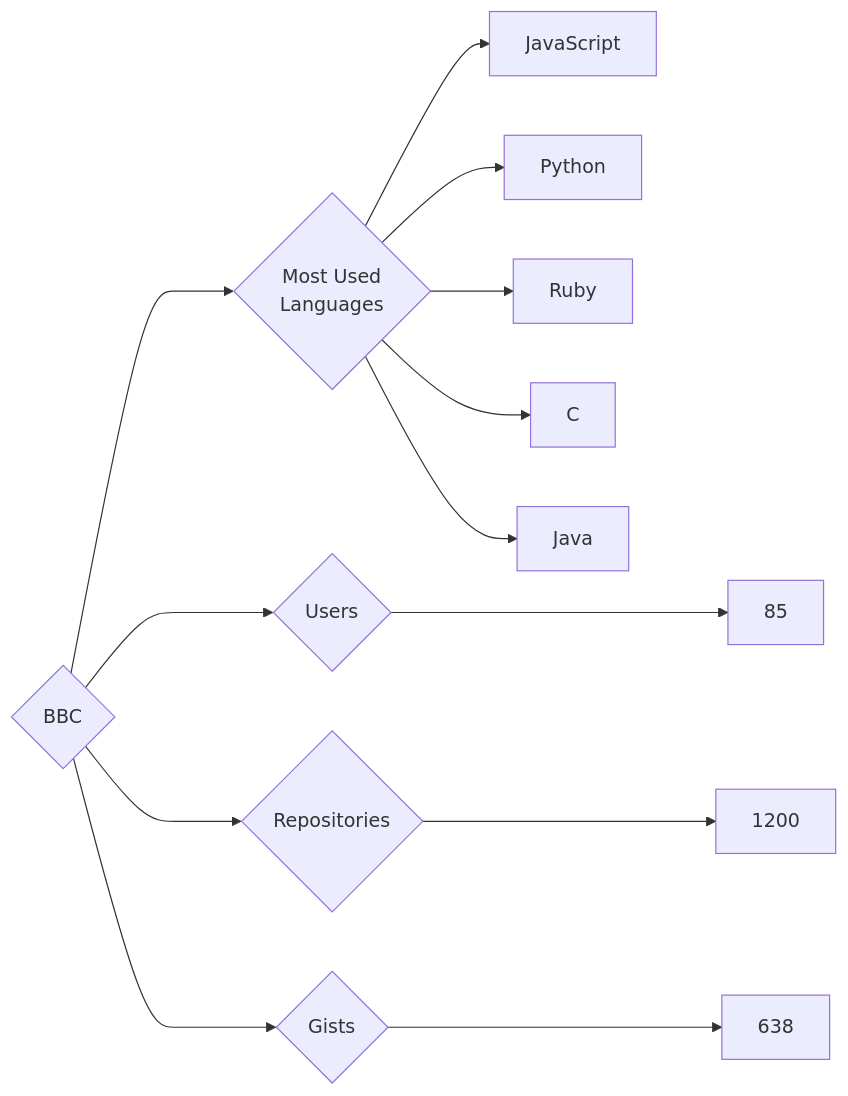
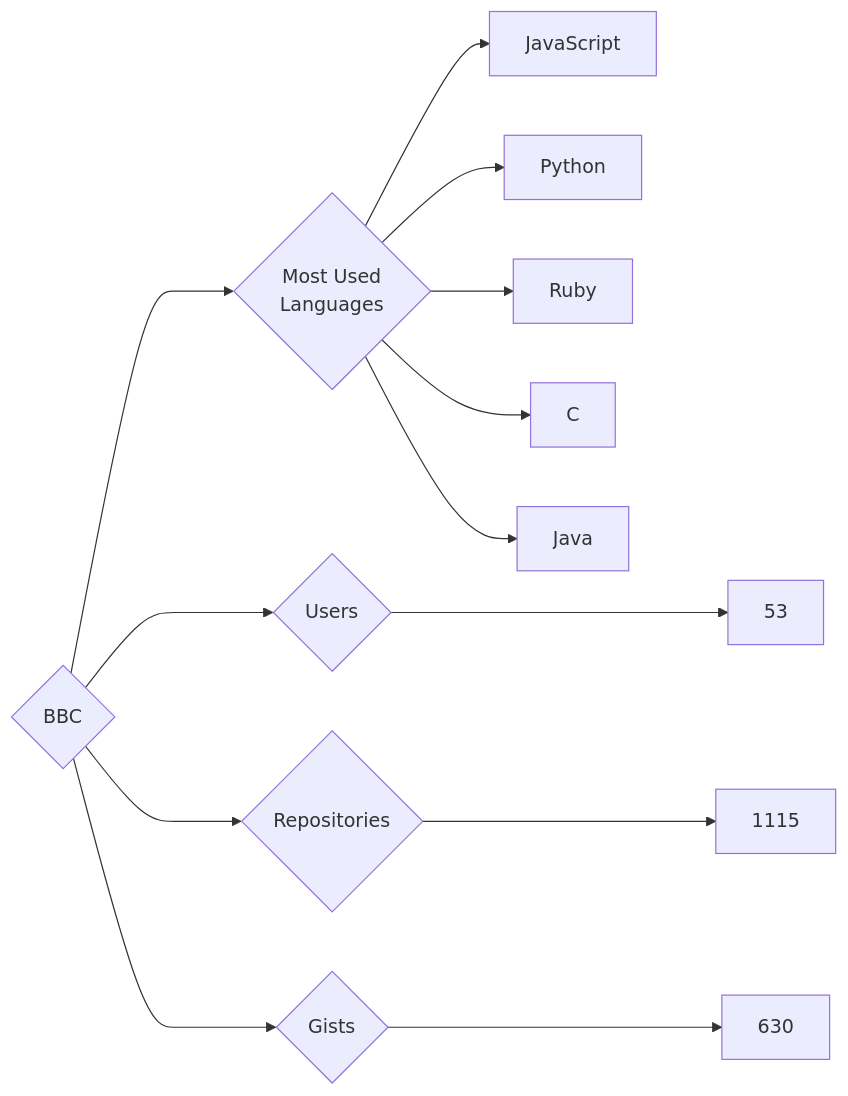
One commit to trickest/insiders changed the diagram in targets/BBC/README.md. Above: the diagram before and after it, drawn with Mermaid. The commit also changed 882 other files, not shown here.

````diff
--- a/targets/BBC/README.md
+++ b/targets/BBC/README.md
@@ -3,13 +3,13 @@
 ```mermaid
 graph LR
 COMPANY_NAME{BBC}
-COMPANY_NAME ---> U{Users} ---> UN[85]
-COMPANY_NAME ---> R{Repositories} ---> RN[1200]
-COMPANY_NAME ---> G{Gists} ---> GN[638]
+COMPANY_NAME ---> U{Users} ---> UN[53]
+COMPANY_NAME ---> R{Repositories} ---> RN[1115]
+COMPANY_NAME ---> G{Gists} ---> GN[630]
 COMPANY_NAME ---> ML{Most Used<br>Languages}
 ML --> JavaScript[JavaScript]
 ML --> Python[Python]
 ML --> Ruby[Ruby]
 ML --> C[C]
 ML --> Java[Java]
 ```
````
